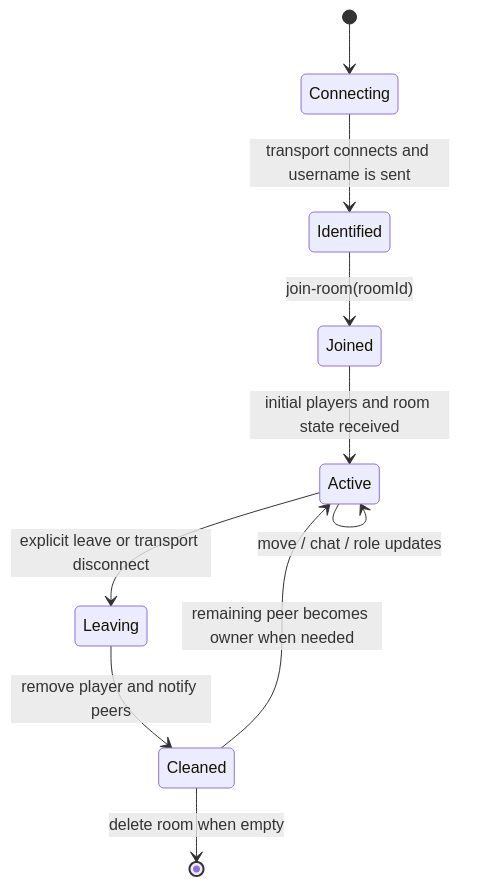
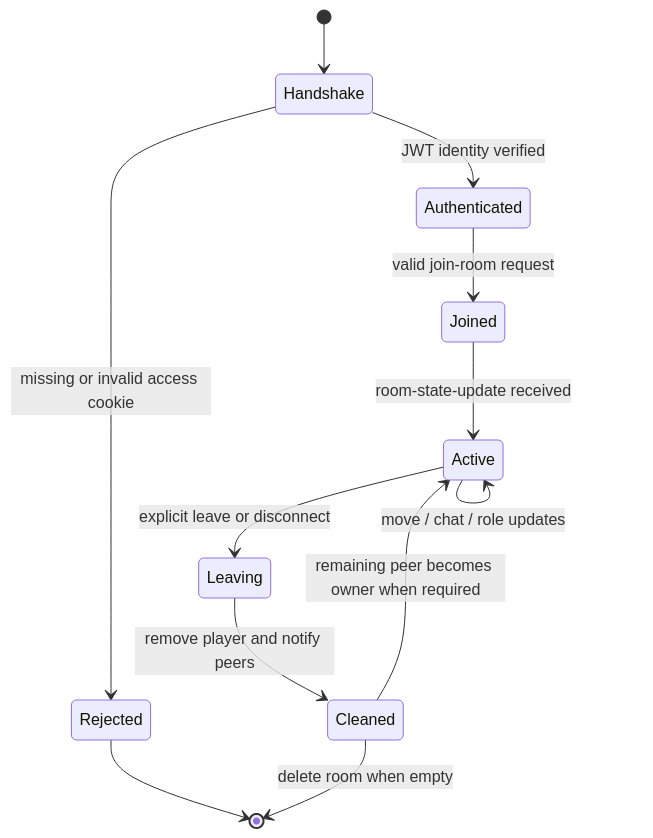
Before and after one commit to Haamid-syed/social-square-public: the first of 3 diagrams in docs/REALTIME_PROTOCOL.md, drawn with Mermaid. The commit also changed other lines of this file and 11 other files, not shown here.

````diff
--- a/docs/REALTIME_PROTOCOL.md
+++ b/docs/REALTIME_PROTOCOL.md
@@ -12,12 +12,14 @@
 ```mermaid
 stateDiagram-v2
-    [*] --> Connecting
-    Connecting --> Identified: transport connects and username is sent
-    Identified --> Joined: join-room(roomId)
-    Joined --> Active: initial players and room state received
+    [*] --> Handshake
+    Handshake --> Rejected: missing or invalid access cookie
+    Rejected --> [*]
+    Handshake --> Authenticated: JWT identity verified
+    Authenticated --> Joined: valid join-room request
+    Joined --> Active: room-state-update received
     Active --> Active: move / chat / role updates
-    Active --> Leaving: explicit leave or transport disconnect
+    Active --> Leaving: explicit leave or disconnect
     Leaving --> Cleaned: remove player and notify peers
     Cleaned --> [*]: delete room when empty
-    Cleaned --> Active: remaining peer becomes owner when needed
+    Cleaned --> Active: remaining peer becomes owner when required
 ```
````
